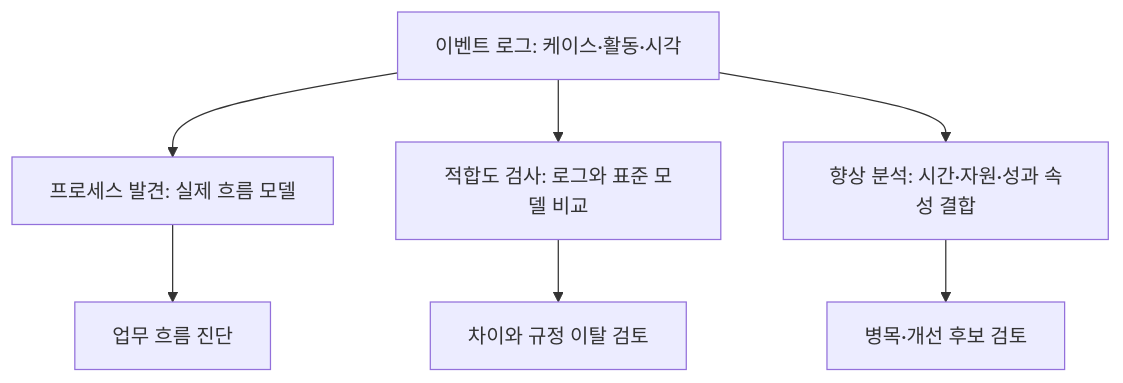
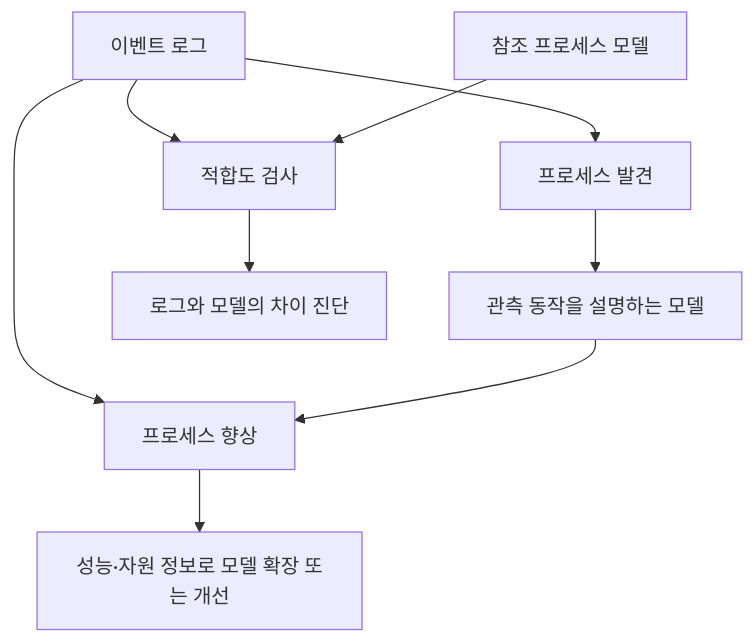
The first of 2 diagrams in src/content/docs/notes/itpe/03-data/158_process_mining.md (agnusdei1207/study), drawn with Mermaid before and after one commit. The commit also changed other lines of this file and 2 other files, not shown here.

````diff
--- a/src/content/docs/notes/itpe/03-data/158_process_mining.md
+++ b/src/content/docs/notes/itpe/03-data/158_process_mining.md
@@ -26,9 +107,11 @@
 ```mermaid
 flowchart TD
-    A[이벤트 로그: 케이스·활동·시각] --> B[프로세스 발견: 실제 흐름 모델]
-    A --> C[적합도 검사: 로그와 표준 모델 비교]
-    A --> D[향상 분석: 시간·자원·성과 속성 결합]
-    B --> E[업무 흐름 진단]
-    C --> F[차이와 규정 이탈 검토]
-    D --> G[병목·개선 후보 검토]
+    L[이벤트 로그] --> D[프로세스 발견]
+    D --> M[관측 동작을 설명하는 모델]
+    L --> C[적합도 검사]
+    R[참조 프로세스 모델] --> C
+    C --> G[로그와 모델의 차이 진단]
+    L --> E[프로세스 향상]
+    M --> E
+    E --> X[성능·자원 정보로 모델 확장 또는 개선]
 ```
````
